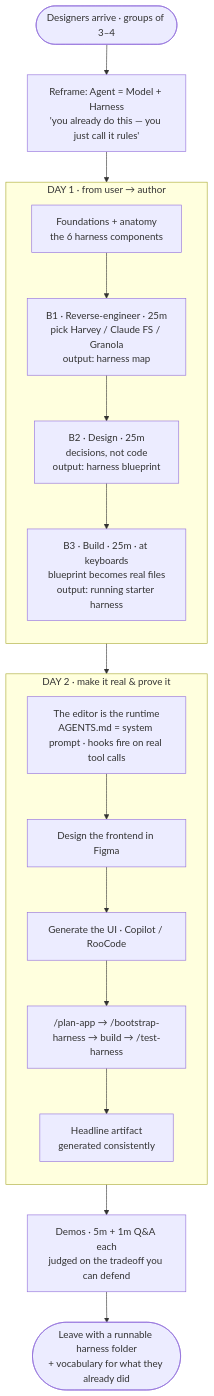
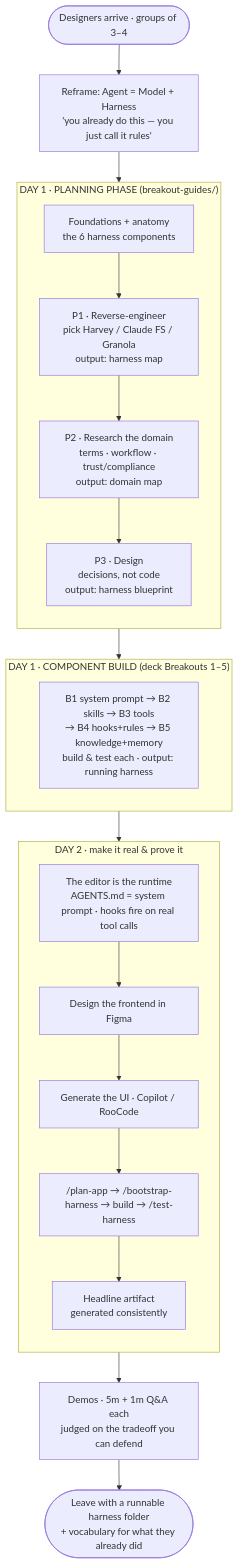
Before and after one commit to kingler/agentic-harness-engineering: the first of 2 diagrams in exercises/PARTICIPANT-JOURNEY.md, drawn with Mermaid. The commit also changed other lines of this file and 9 other files, not shown here.

````diff
--- a/exercises/PARTICIPANT-JOURNEY.md
+++ b/exercises/PARTICIPANT-JOURNEY.md
@@ -30,25 +30,30 @@
 ```mermaid
 flowchart TD
     Start(["Designers arrive · groups of 3–4"]) --> Frame["Reframe: Agent = Model + Harness<br/>'you already do this — you just call it rules'"]
     Frame --> Teach["Foundations + anatomy<br/>the 6 harness components"]
 
-    subgraph DAY1["DAY 1 · from user → author"]
+    subgraph PLAN["DAY 1 · PLANNING PHASE (breakout-guides/)"]
       direction TB
-      Teach --> B1["B1 · Reverse-engineer · 25m<br/>pick Harvey / Claude FS / Granola<br/>output: harness map"]
-      B1 --> B2["B2 · Design · 25m<br/>decisions, not code<br/>output: harness blueprint"]
-      B2 --> B3["B3 · Build · 25m · at keyboards<br/>blueprint becomes real files<br/>output: running starter harness"]
+      Teach --> P1["P1 · Reverse-engineer<br/>pick Harvey / Claude FS / Granola<br/>output: harness map"]
+      P1 --> P2["P2 · Research the domain<br/>terms · workflow · trust/compliance<br/>output: domain map"]
+      P2 --> P3["P3 · Design<br/>decisions, not code<br/>output: harness blueprint"]
     end
 
-    B3 --> Bridge["The editor is the runtime<br/>AGENTS.md = system prompt · hooks fire on real tool calls"]
+    subgraph BUILD["DAY 1 · COMPONENT BUILD (deck Breakouts 1–5)"]
+      direction TB
+      P3 --> CB["B1 system prompt → B2 skills → B3 tools<br/>→ B4 hooks+rules → B5 knowledge+memory<br/>build &amp; test each · output: running harness"]
+    end
+
+    CB --> Bridge["The editor is the runtime<br/>AGENTS.md = system prompt · hooks fire on real tool calls"]
 
     subgraph DAY2["DAY 2 · make it real & prove it"]
       direction TB
       Bridge --> Figma["Design the frontend in Figma"]
       Figma --> Gen["Generate the UI · Copilot / RooCode"]
       Gen --> Chain["/plan-app → /bootstrap-harness → build → /test-harness"]
       Chain --> Artifact["Headline artifact<br/>generated consistently"]
     end
 
     Artifact --> Demo["Demos · 5m + 1m Q&A each<br/>judged on the tradeoff you can defend"]
     Demo --> Done(["Leave with a runnable harness folder<br/>+ vocabulary for what they already did"])
 ```
````
